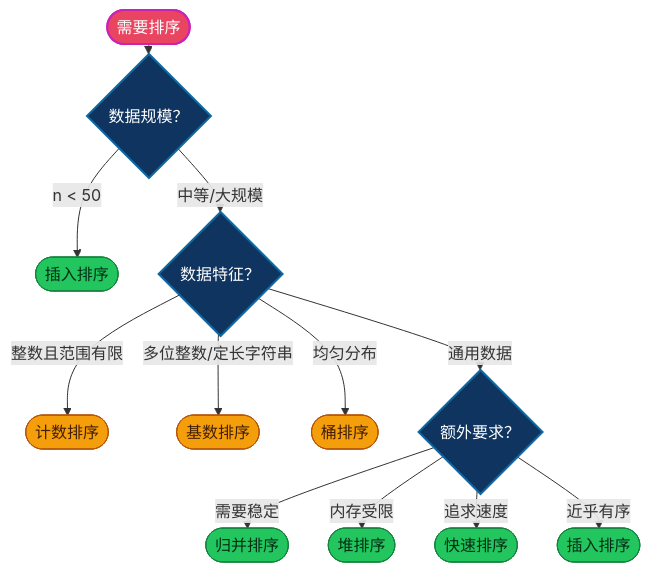
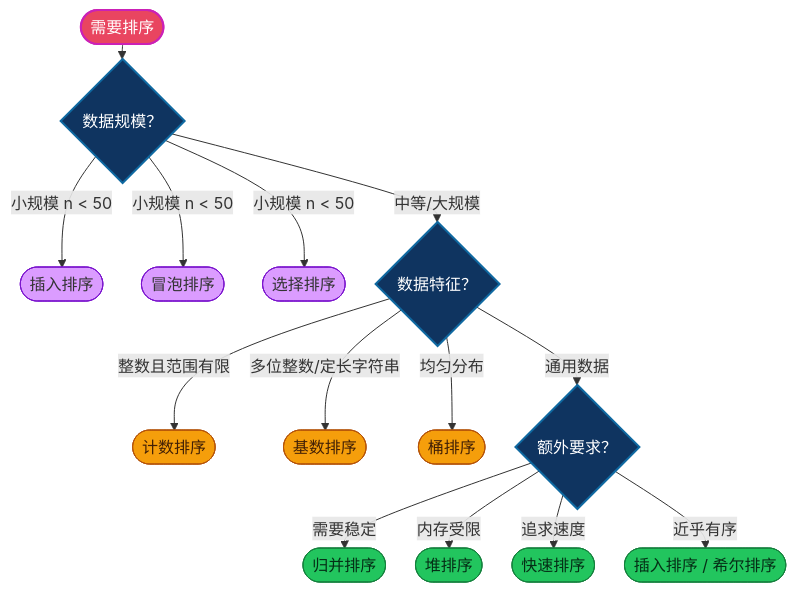
Before and after one commit to microwind/algorithms: diagram 14 of 14 in sorting/AI-Era-Top-10-Sorting-Algorithms.md, drawn with Mermaid. The commit also changed other lines of this file and 36 other files, not shown here.

````diff
--- a/sorting/AI-Era-Top-10-Sorting-Algorithms.md
+++ b/sorting/AI-Era-Top-10-Sorting-Algorithms.md
@@ -849,27 +873,31 @@
 ```mermaid
-%%{init: {'flowchart': {'nodeSpacing': 40, 'rankSpacing': 10, 'padding': 10}}}%%
+%%{init: {'flowchart': {'nodeSpacing': 30, 'rankSpacing': 15, 'padding': 10}}}%%
 graph TB
     START(["需要排序"]):::start --> Q1{"数据规模？"}
 
-    Q1 -->|"n < 50"| A1(["插入排序"]):::cmp
+    Q1 -->|"小规模 n < 50"| A1(["插入排序"]):::small
+    Q1 -->|"小规模 n < 50"| A1b(["冒泡排序"]):::small
+    Q1 -->|"小规模 n < 50"| A1c(["选择排序"]):::small
+
     Q1 -->|"中等/大规模"| Q2{"数据特征？"}
 
     Q2 -->|"整数且范围有限"| A2(["计数排序"]):::noncmp
     Q2 -->|"多位整数/定长字符串"| A3(["基数排序"]):::noncmp
     Q2 -->|"均匀分布"| A4(["桶排序"]):::noncmp
     Q2 -->|"通用数据"| Q3{"额外要求？"}
 
     Q3 -->|"需要稳定"| A5(["归并排序"]):::cmp
     Q3 -->|"内存受限"| A6(["堆排序"]):::cmp
     Q3 -->|"追求速度"| A7(["快速排序"]):::cmp
-    Q3 -->|"近乎有序"| A8(["插入排序"]):::cmp
+    Q3 -->|"近乎有序"| A8(["插入排序 / 希尔排序"]):::cmp
 
     %% 样式定义（统一圆角 + 分层颜色）
     classDef start fill:#e94560,color:#fff,stroke:#cb21b6,stroke-width:2px,rx:12,ry:12
     classDef question fill:#0f3460,color:#fff,stroke:#0f69a1,stroke-width:2px,rx:10,ry:10
+    classDef small fill:#DB9CFF,stroke:#483d8b,stroke:#7913CC,rx:10,ry:10
     classDef cmp fill:#22c55e,color:#052e16,stroke:#15803d,rx:10,ry:10
     classDef noncmp fill:#f59e0b,color:#422006,stroke:#b45309,rx:10,ry:10
 
     class START start
     class Q1,Q2,Q3 question
 ```
````
